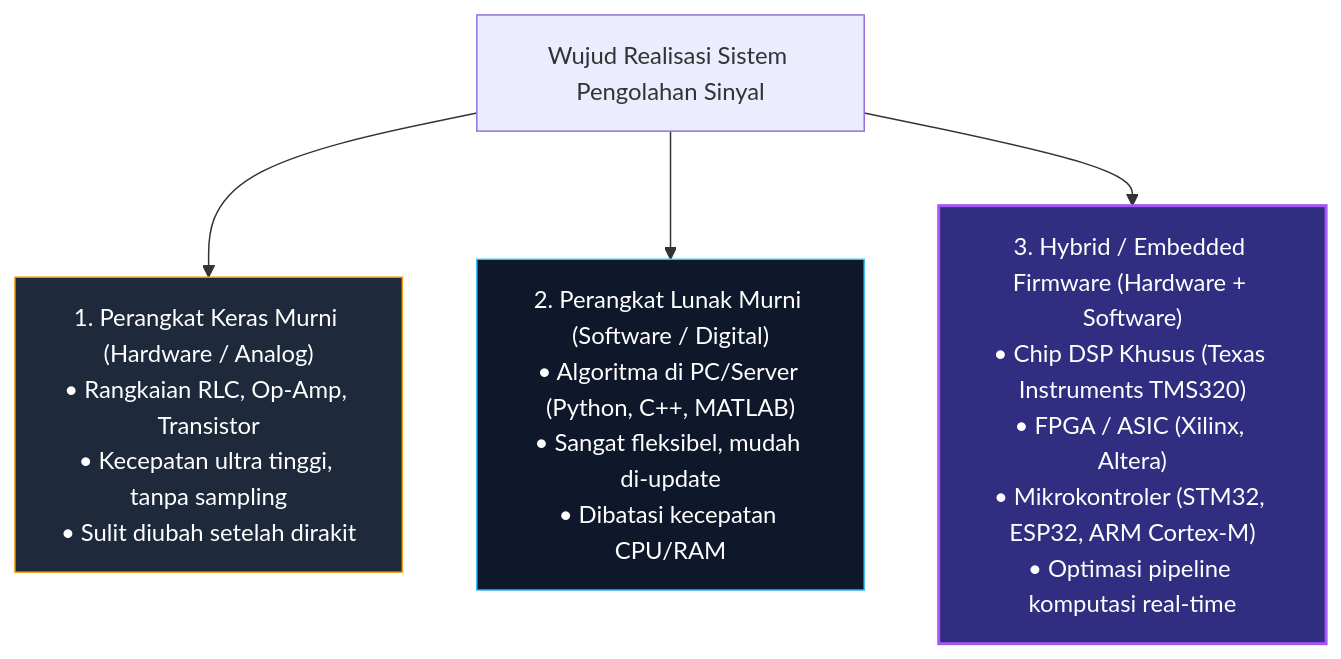
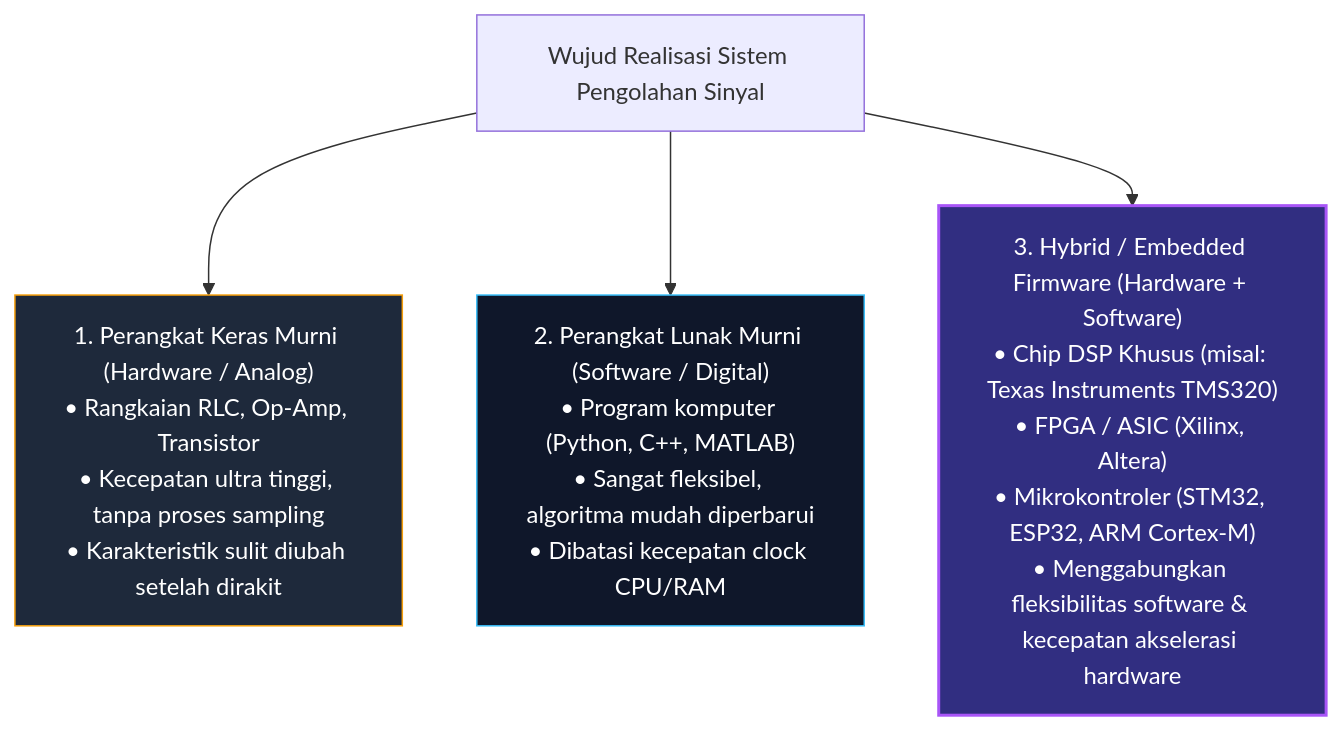
One commit to wheresabuy/PSD changed the fourth of 4 diagrams in README.md. Above: the diagram before and after it, drawn with Mermaid. The commit also changed other lines of this file and 2 other files, not shown here.

Commit message:
Update visual: Tambahkan gambar grafik asli resolusi tinggi (anatomi dan komparasi sinyal)

````diff
--- a/README.md
+++ b/README.md
@@ -104,12 +112,12 @@
 ```mermaid
 flowchart TD
     Sistem["Wujud Realisasi Sistem Pengolahan Sinyal"]
     
-    Sistem --> HW["1. Perangkat Keras Murni (Hardware / Analog)<br>• Rangkaian RLC, Op-Amp, Transistor<br>• Kecepatan ultra tinggi, tanpa sampling<br>• Sulit diubah setelah dirakit"]
-    Sistem --> SW["2. Perangkat Lunak Murni (Software / Digital)<br>• Algoritma di PC/Server (Python, C++, MATLAB)<br>• Sangat fleksibel, mudah di-update<br>• Dibatasi kecepatan CPU/RAM"]
-    Sistem --> Mix["3. Hybrid / Embedded Firmware (Hardware + Software)<br>• Chip DSP Khusus (Texas Instruments TMS320)<br>• FPGA / ASIC (Xilinx, Altera)<br>• Mikrokontroler (STM32, ESP32, ARM Cortex-M)<br>• Optimasi pipeline komputasi real-time"]
+    Sistem --> HW["1. Perangkat Keras Murni (Hardware / Analog)<br>• Rangkaian RLC, Op-Amp, Transistor<br>• Kecepatan ultra tinggi, tanpa proses sampling<br>• Karakteristik sulit diubah setelah dirakit"]
+    Sistem --> SW["2. Perangkat Lunak Murni (Software / Digital)<br>• Program komputer (Python, C++, MATLAB)<br>• Sangat fleksibel, algoritma mudah diperbarui<br>• Dibatasi kecepatan clock CPU/RAM"]
+    Sistem --> Mix["3. Hybrid / Embedded Firmware (Hardware + Software)<br>• Chip DSP Khusus (misal: Texas Instruments TMS320)<br>• FPGA / ASIC (Xilinx, Altera)<br>• Mikrokontroler (STM32, ESP32, ARM Cortex-M)<br>• Menggabungkan fleksibilitas software & kecepatan akselerasi hardware"]
 
     style HW fill:#1e293b,stroke:#f59e0b,color:#fff
     style SW fill:#0f172a,stroke:#38bdf8,color:#fff
     style Mix fill:#312e81,stroke:#a855f7,stroke-width:2px,color:#fff
 ```
````
